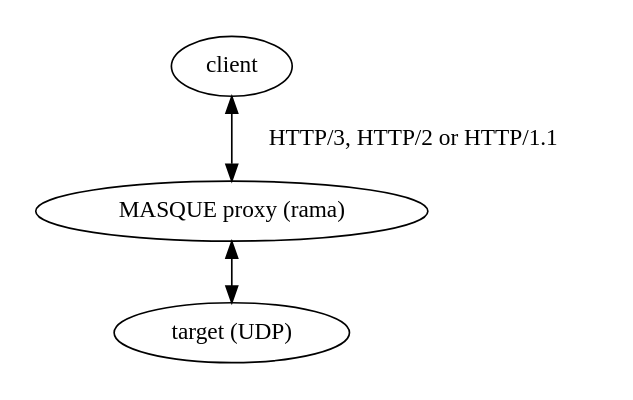
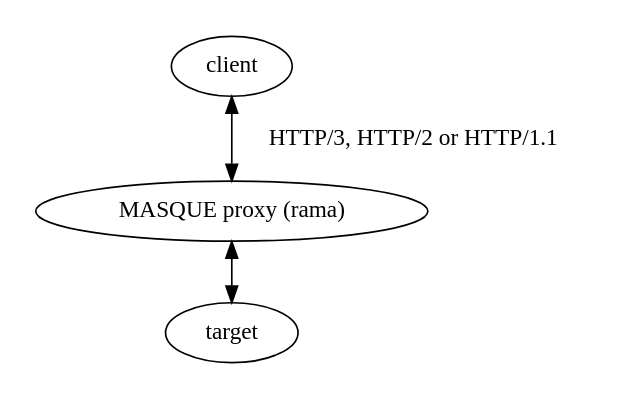
The diagram in docs/book/src/proxies/masque.md (plabayo/rama), drawn with Graphviz before and after one commit. The commit also changed other lines of this file and 37 other files, not shown here.

````diff
--- a/docs/book/src/proxies/masque.md
+++ b/docs/book/src/proxies/masque.md
@@ -10,7 +10,7 @@
 ```dot process
 digraph {
     pad=0.2;
     "client" -> "MASQUE proxy (rama)" [dir=both, label=" HTTP/3, HTTP/2 or HTTP/1.1 "]
-    "MASQUE proxy (rama)" -> "target (UDP)" [dir=both]
+    "MASQUE proxy (rama)" -> "target" [dir=both]
 }
 ```
````
